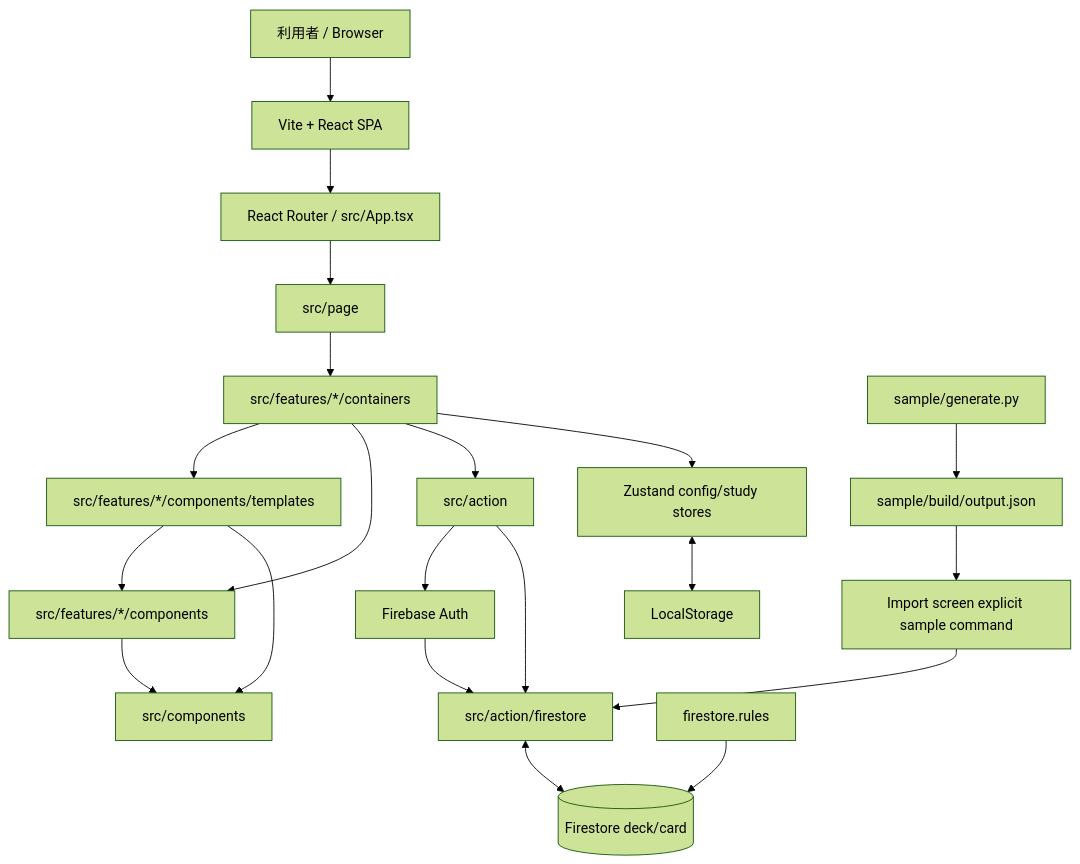
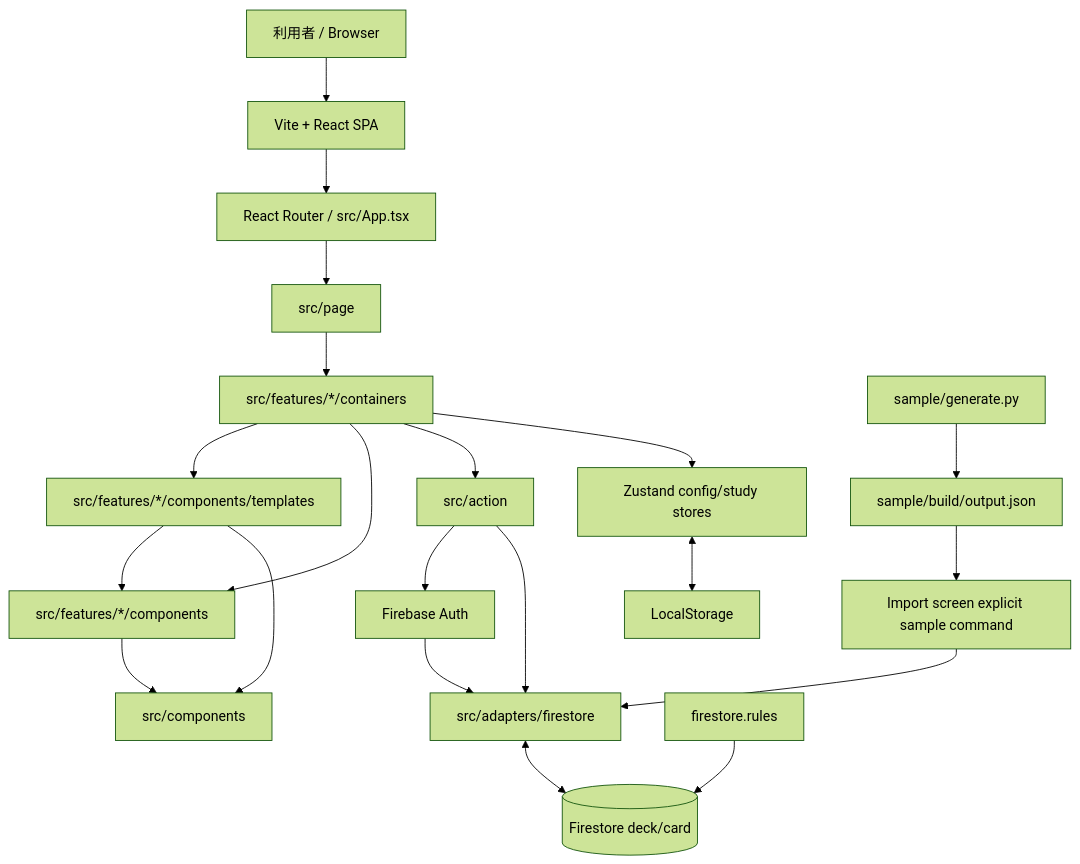
The first of 3 diagrams in docs/summary/architecture.md (her0e1c1/tango), drawn with Mermaid (forest theme) before and after one commit. The commit also changed other lines of this file and 46 other files, not shown here.

````diff
--- a/docs/summary/architecture.md
+++ b/docs/summary/architecture.md
@@ -5,27 +5,27 @@
 ```mermaid
 flowchart TD
     User[利用者 / Browser] --> SPA[Vite + React SPA]
     SPA --> Router[React Router / src/App.tsx]
     Router --> Pages[src/page]
     Pages --> Containers[src/features/*/containers]
     Containers --> Templates[src/features/*/components/templates]
     Containers --> FeatureUI[src/features/*/components]
     Templates --> FeatureUI
     Templates --> CommonUI[src/components]
     FeatureUI --> CommonUI
 
     Containers --> Actions[src/action]
     Containers --> Zustand[Zustand config/study stores]
     Zustand <--> Persist[LocalStorage]
 
     Actions --> FirebaseAuth[Firebase Auth]
-    Actions --> FirestoreGateway[src/action/firestore]
+    Actions --> FirestoreGateway[src/adapters/firestore]
     FirestoreGateway <--> Firestore[(Firestore deck/card)]
     FirebaseAuth --> FirestoreGateway
 
     SamplePy[sample/generate.py] --> SampleJson[sample/build/output.json]
     SampleJson --> Import[Import screen explicit sample command]
     Import --> FirestoreGateway
 
     FirestoreRules[firestore.rules] --> Firestore
 ```
````
